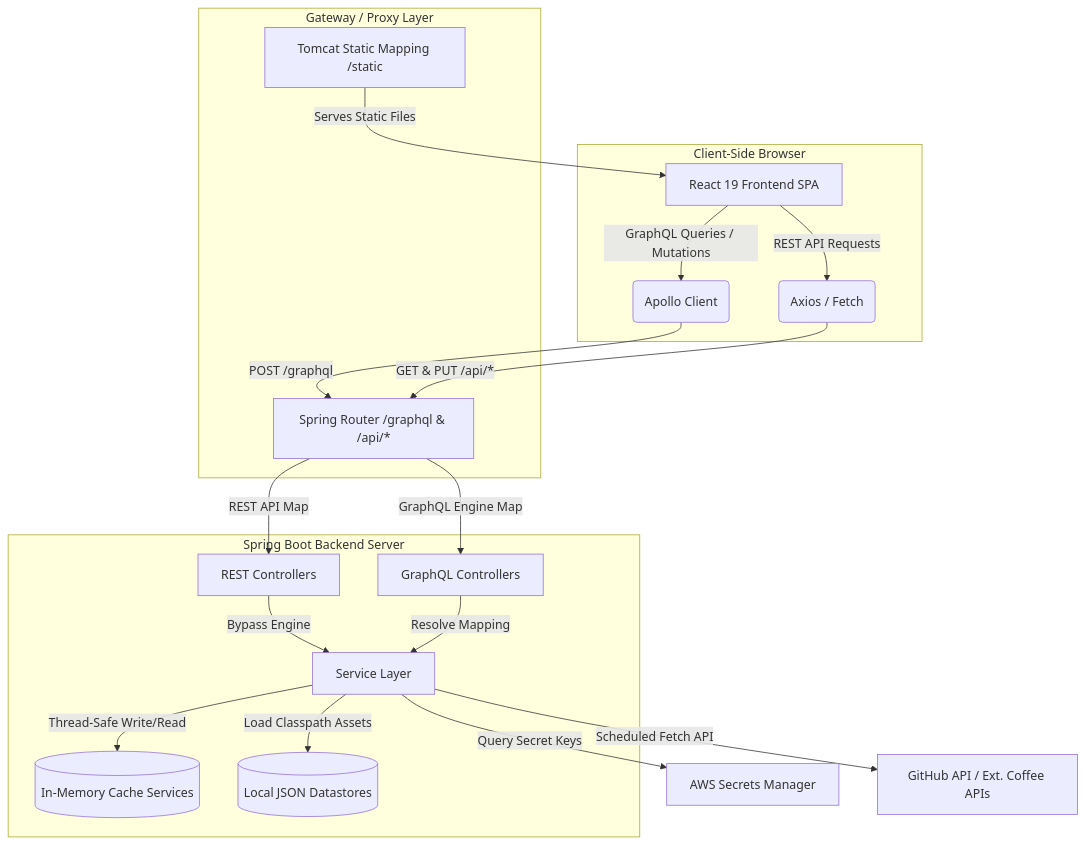
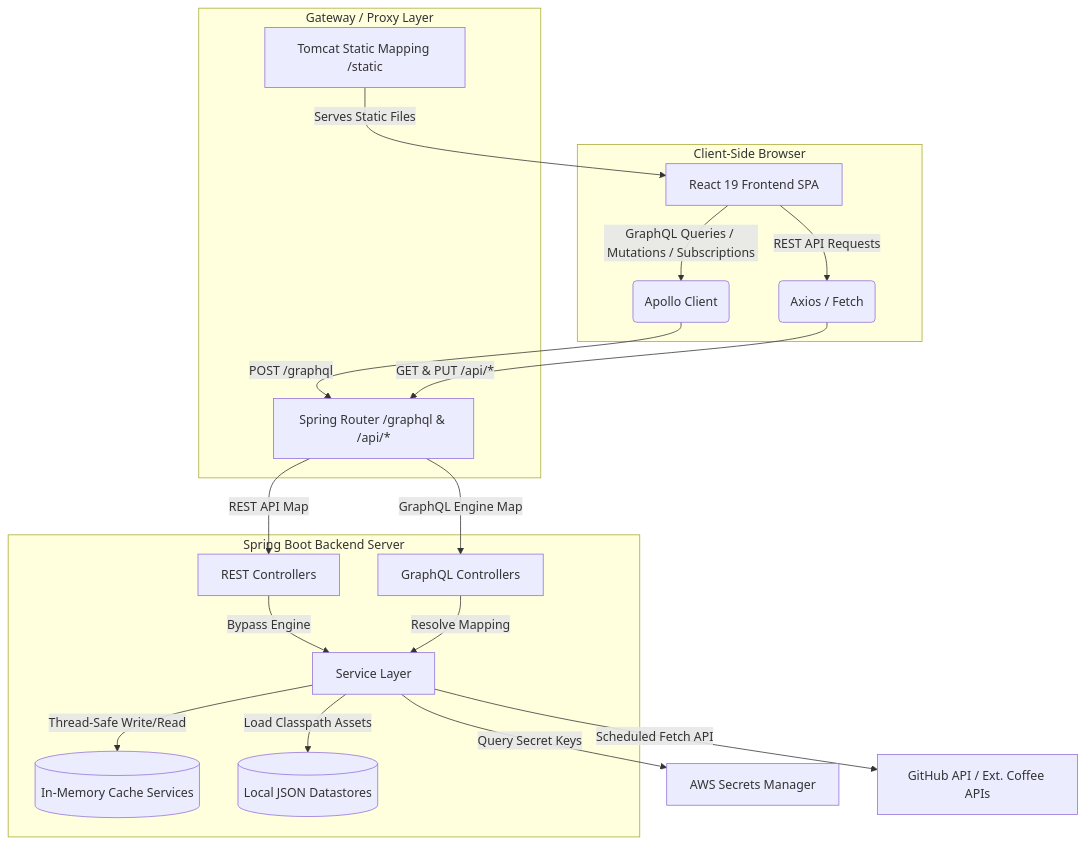
One commit to conorheffron/ironoc changed the first of 3 diagrams in ARCHITECTURE.md. Above: the diagram before and after it, drawn with Mermaid.

Commit message:
Update GraphQL interaction in architecture diagram

````diff
--- a/ARCHITECTURE.md
+++ b/ARCHITECTURE.md
@@ -69,29 +69,29 @@
 ```mermaid
 flowchart TD
     subgraph Client [Client-Side Browser]
-        A[React 19 Frontend SPA] -->|GraphQL Queries / Mutations| B(Apollo Client)
+        A[React 19 Frontend SPA] -->|GraphQL Queries / Mutations / Subscriptions | B(Apollo Client)
         A -->|REST API Requests| C(Axios / Fetch)
     end
 
     subgraph Proxy [Gateway / Proxy Layer]
         D[Tomcat Static Mapping /static] -->|Serves Static Files| A
         E[Spring Router /graphql & /api/*]
     end
 
     B -->|POST /graphql| E
     C -->|GET & PUT /api/*| E
 
     subgraph Backend [Spring Boot Backend Server]
         E -->|REST API Map| F[REST Controllers]
         E -->|GraphQL Engine Map| G[GraphQL Controllers]
 
         F -->|Bypass Engine| H[Service Layer]
         G -->|Resolve Mapping| H
 
         H -->|Thread-Safe Write/Read| I[(In-Memory Cache Services)]
         H -->|Load Classpath Assets| J[(Local JSON Datastores)]
     end
 
     H -->|Query Secret Keys| K[AWS Secrets Manager]
     H -->|Scheduled Fetch API| L[GitHub API / Ext. Coffee APIs]
 ```
````
